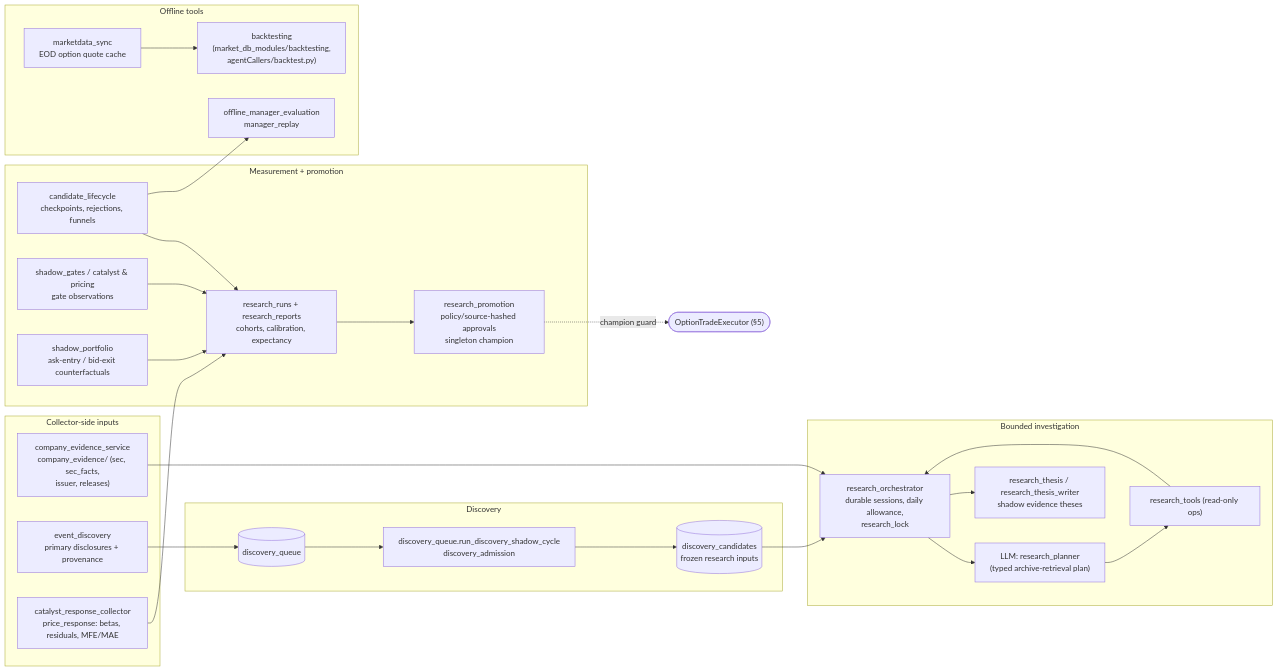
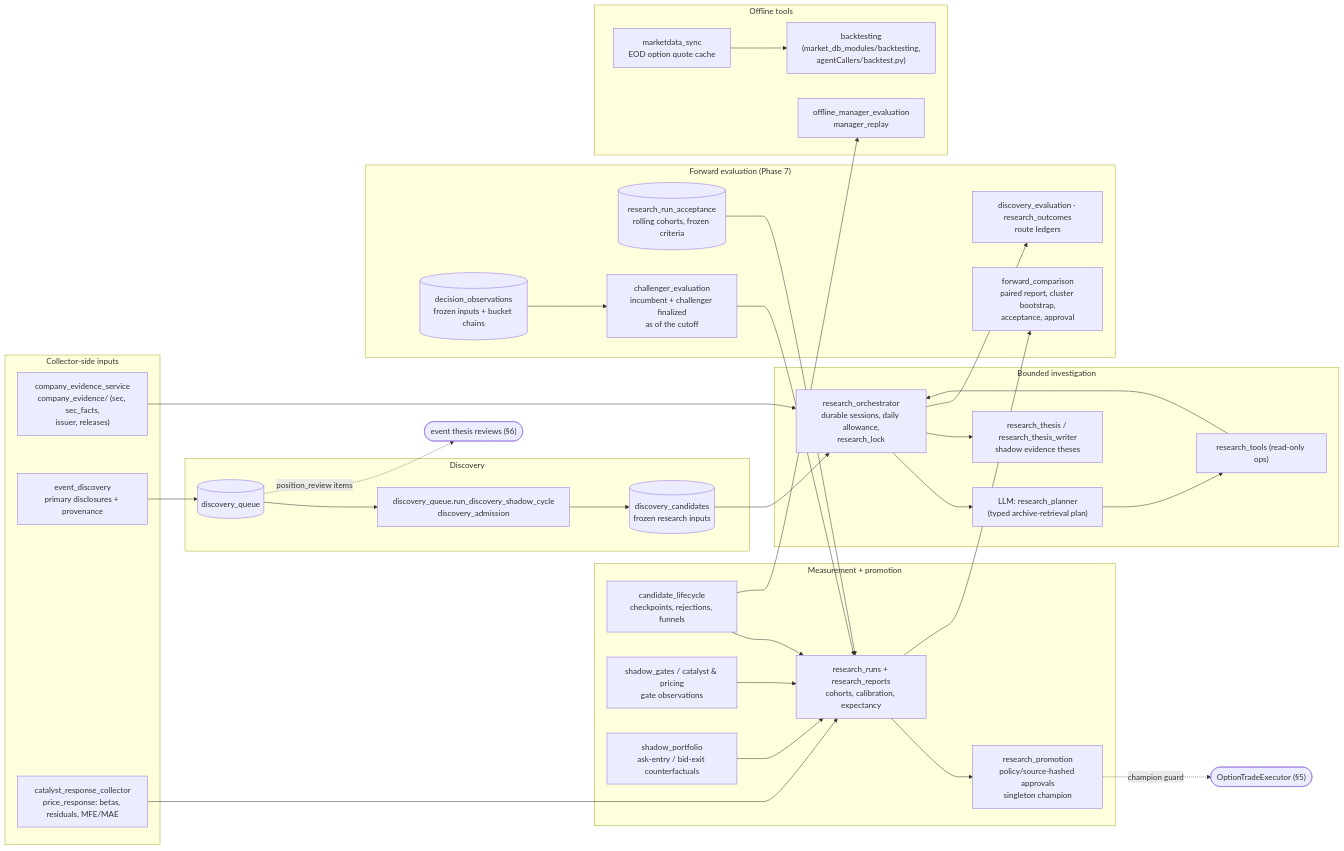
Before and after one commit to GeorgeStatho/agentic-trading-research: the eighth of 11 diagrams in docs/SYSTEM_DIAGRAM.md, drawn with Mermaid. The commit also changed other lines of this file and 70 other files, not shown here.

````diff
--- a/docs/SYSTEM_DIAGRAM.md
+++ b/docs/SYSTEM_DIAGRAM.md
@@ -369,48 +385,61 @@
 ```mermaid
 flowchart LR
     subgraph ingest["Collector-side inputs"]
         ce["company_evidence_service<br/>company_evidence/ (sec, sec_facts,<br/>issuer, releases)"]
         ed["event_discovery<br/>primary disclosures + provenance"]
         crc["catalyst_response_collector<br/>price_response: betas, residuals, MFE/MAE"]
     end
 
     subgraph queue["Discovery"]
         dq[("discovery_queue")]
         dcons["discovery_queue.run_discovery_shadow_cycle<br/>discovery_admission"]
         dcand[("discovery_candidates<br/>frozen research inputs")]
     end
 
     subgraph investigate["Bounded investigation"]
         ro["research_orchestrator<br/>durable sessions, daily allowance,<br/>research_lock"]
         rp["LLM: research_planner<br/>(typed archive-retrieval plan)"]
         rt["research_tools (read-only ops)"]
         rth["research_thesis / research_thesis_writer<br/>shadow evidence theses"]
     end
 
     subgraph measure["Measurement + promotion"]
         lc["candidate_lifecycle<br/>checkpoints, rejections, funnels"]
         sgates["shadow_gates / catalyst & pricing<br/>gate observations"]
         sp["shadow_portfolio<br/>ask-entry / bid-exit counterfactuals"]
         rr["research_runs + research_reports<br/>cohorts, calibration, expectancy"]
         prom["research_promotion<br/>policy/source-hashed approvals<br/>singleton champion"]
     end
 
+    subgraph forward["Forward evaluation (Phase 7)"]
+        cohorts[("research_run_acceptance<br/>rolling cohorts, frozen criteria")]
+        dobs[("decision_observations<br/>frozen inputs + bucket chains")]
+        chal["challenger_evaluation<br/>incumbent + challenger finalized<br/>as of the cutoff"]
+        cmp["forward_comparison<br/>paired report, cluster bootstrap,<br/>acceptance, approval"]
+        ledgers["discovery_evaluation · research_outcomes<br/>route ledgers"]
+    end
+
     subgraph offline["Offline tools"]
         bt["backtesting<br/>(market_db_modules/backtesting,<br/>agentCallers/backtest.py)"]
         eod["marketdata_sync<br/>EOD option quote cache"]
         replay["offline_manager_evaluation<br/>manager_replay"]
     end
 
     ed --> dq --> dcons --> dcand --> ro
+    dq -. "position_review items" .-> evrev(["event thesis reviews (§6)"])
     ce --> ro
     ro --> rp --> rt --> ro
     ro --> rth
     crc --> rr
     lc --> rr
     sgates --> rr
     sp --> rr
     rr --> prom
+    dobs --> chal --> rr
+    cohorts --> rr
+    rr --> cmp
+    ro --> ledgers
     prom -. "champion guard" .-> exec(["OptionTradeExecutor (§5)"])
     eod --> bt
     lc --> replay
 ```
````
